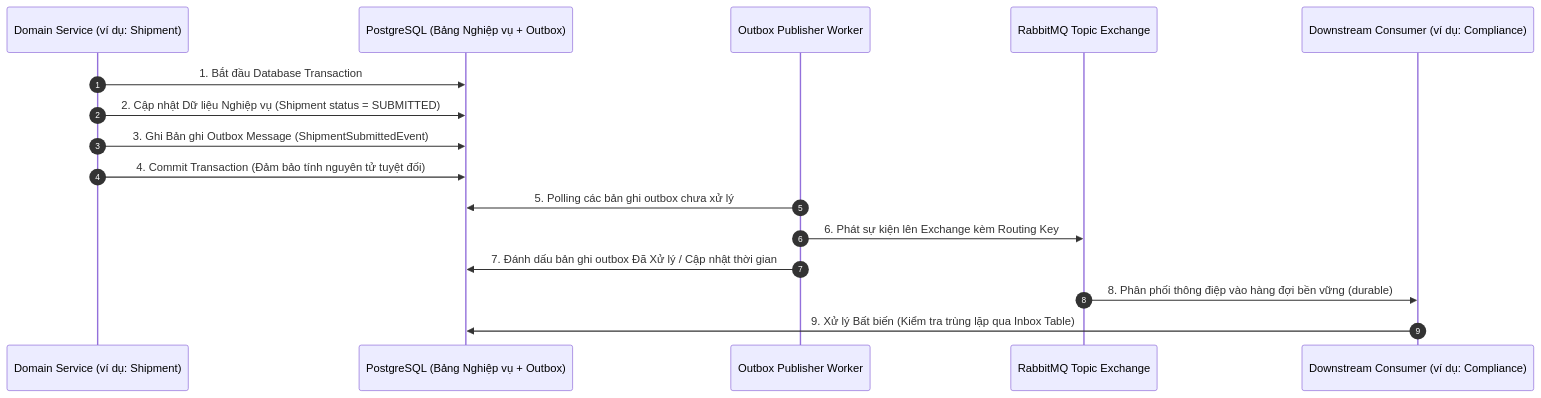
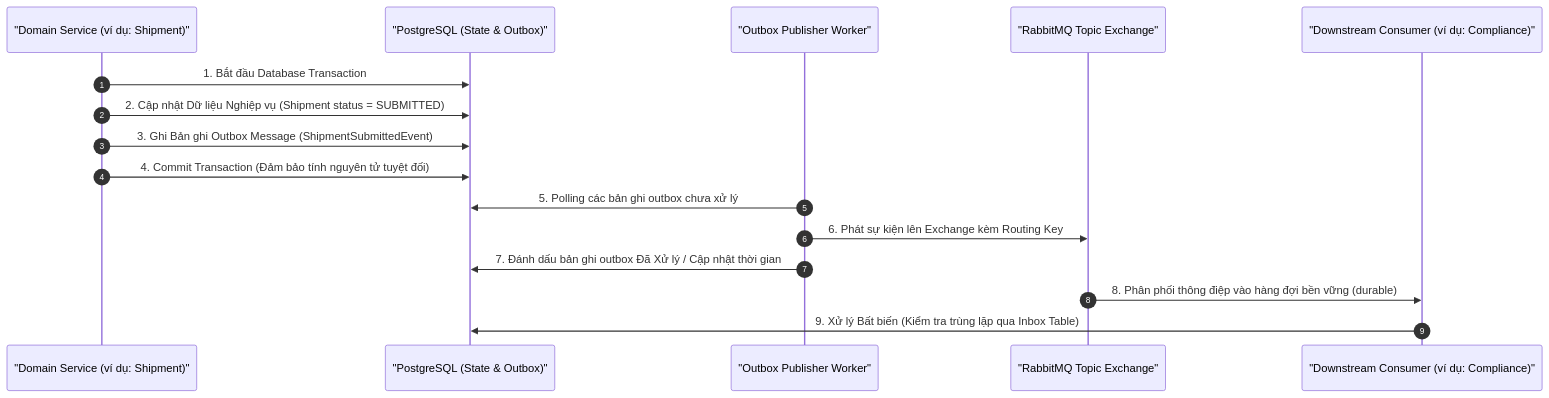
The second of 2 diagrams in README.vi.md (Logistics-Agent/aurora-server), drawn with Mermaid before and after one commit. The commit also changed other lines of this file and 1 other file, not shown here.

Commit message:
docs: improve mermaid architecture diagrams and sequence notation in README files

````diff
--- a/README.vi.md
+++ b/README.vi.md
@@ -256,19 +306,19 @@
 ```mermaid
 sequenceDiagram
     autonumber
-    participant Service as Domain Service (ví dụ: Shipment)
-    participant DB as PostgreSQL (Bảng Nghiệp vụ + Outbox)
-    participant Publisher as Outbox Publisher Worker
-    participant Broker as RabbitMQ Topic Exchange
-    participant Consumer as Downstream Consumer (ví dụ: Compliance)
+    participant Service as "Domain Service (ví dụ: Shipment)"
+    participant DB as "PostgreSQL (State & Outbox)"
+    participant Publisher as "Outbox Publisher Worker"
+    participant Broker as "RabbitMQ Topic Exchange"
+    participant Consumer as "Downstream Consumer (ví dụ: Compliance)"
 
     Service->>DB: 1. Bắt đầu Database Transaction
     Service->>DB: 2. Cập nhật Dữ liệu Nghiệp vụ (Shipment status = SUBMITTED)
     Service->>DB: 3. Ghi Bản ghi Outbox Message (ShipmentSubmittedEvent)
     Service->>DB: 4. Commit Transaction (Đảm bảo tính nguyên tử tuyệt đối)
     Publisher->>DB: 5. Polling các bản ghi outbox chưa xử lý
     Publisher->>Broker: 6. Phát sự kiện lên Exchange kèm Routing Key
     Publisher->>DB: 7. Đánh dấu bản ghi outbox Đã Xử lý / Cập nhật thời gian
     Broker->>Consumer: 8. Phân phối thông điệp vào hàng đợi bền vững (durable)
     Consumer->>DB: 9. Xử lý Bất biến (Kiểm tra trùng lặp qua Inbox Table)
 ```
````
